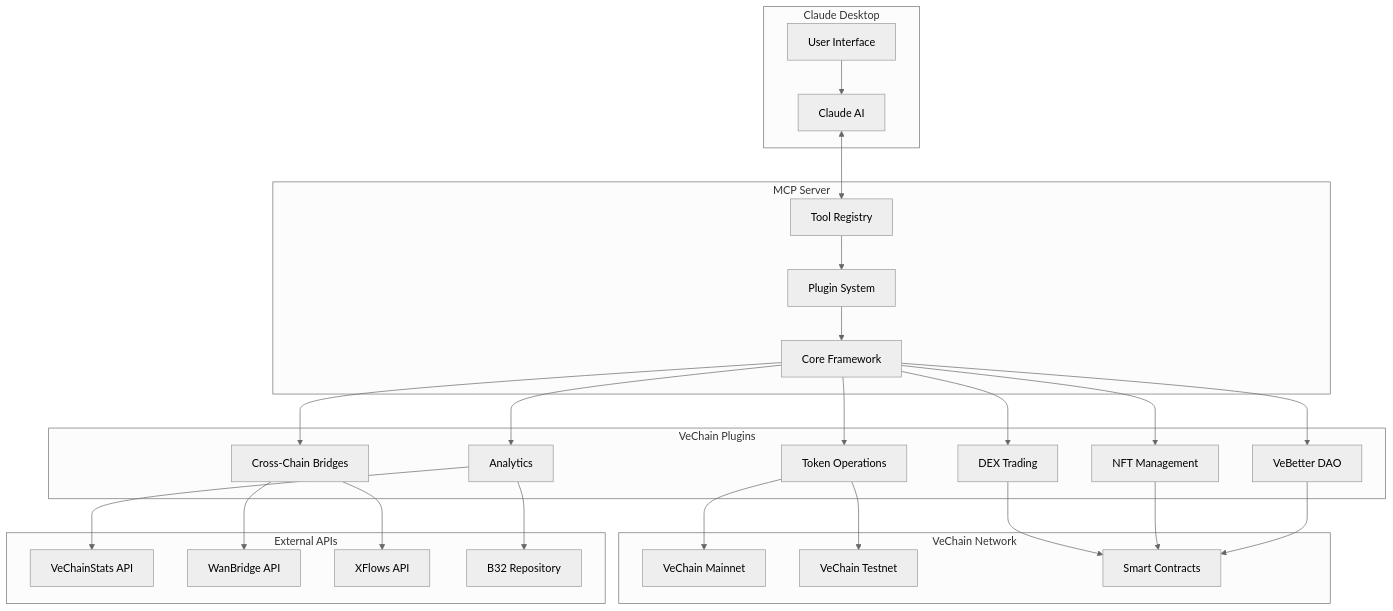
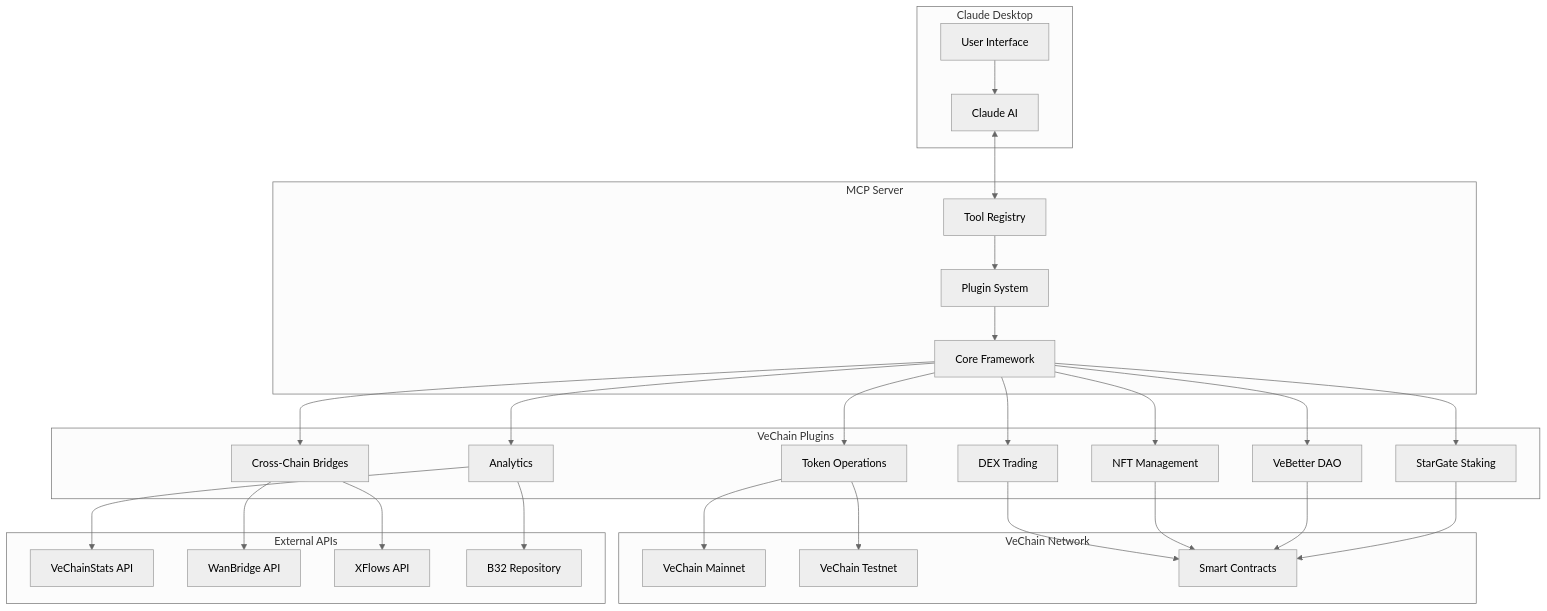
The first of 2 diagrams in README.md (VeChain-AI-Terminal/vechain-terminal-mcp), drawn with Mermaid (neutral theme) before and after one commit. The commit also changed other lines of this file and 7 other files, not shown here.

First line of the commit message:
feat: add StarGate NFT staking and delegation functionality

````diff
--- a/README.md
+++ b/README.md
@@ -15,56 +15,59 @@
 ```mermaid
 graph TB
     subgraph "Claude Desktop"
         A[User Interface]
         B[Claude AI]
     end
     
     subgraph "MCP Server"
         C[Tool Registry]
         D[Plugin System]
         E[Core Framework]
     end
     
     subgraph "VeChain Plugins"
         F[Token Operations]
         G[DEX Trading]
         H[Cross-Chain Bridges]
         I[NFT Management]
         J[VeBetter DAO]
-        K[Analytics]
+        K[StarGate Staking]
+        L[Analytics]
     end
     
     subgraph "VeChain Network"
-        L[VeChain Mainnet]
-        M[VeChain Testnet]
-        N[Smart Contracts]
+        M[VeChain Mainnet]
+        N[VeChain Testnet]
+        O[Smart Contracts]
     end
     
     subgraph "External APIs"
-        O[VeChainStats API]
-        P[WanBridge API]
-        Q[XFlows API]
-        R[B32 Repository]
+        P[VeChainStats API]
+        Q[WanBridge API]
+        R[XFlows API]
+        S[B32 Repository]
     end
     
     A --> B
     B <--> C
     C --> D
     D --> E
     E --> F
     E --> G
     E --> H
     E --> I
     E --> J
     E --> K
+    E --> L
     
-    F --> L
     F --> M
-    G --> N
-    H --> P
+    F --> N
+    G --> O
     H --> Q
-    I --> N
-    J --> N
+    H --> R
+    I --> O
+    J --> O
     K --> O
-    K --> R
+    L --> P
+    L --> S
 ```
````
